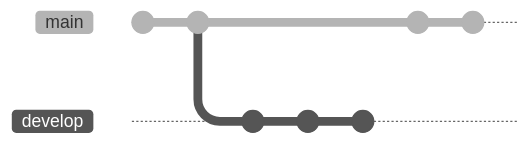
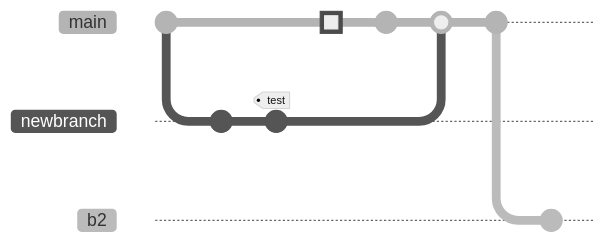
The second of 2 diagrams in README.md (aiAdrian/flatland_solver_policy), drawn with Mermaid (neutral theme) before and after one commit. Commit ids are hidden.

````diff
--- a/README.md
+++ b/README.md
@@ -32,12 +32,15 @@
 ```mermaid
-gitGraph
-       commit  
-       commit  
-       branch develop
-       commit  
-       commit  
-       commit  
-       checkout main
-       commit   
-       commit  
+gitGraph:
+    commit "Ashish"
+    branch newbranch
+    checkout newbranch
+    commit id:"1111"
+    commit tag:"test"
+    checkout main
+    commit type: HIGHLIGHT
+    commit
+    merge newbranch
+    commit
+    branch b2
+    commit
 ```
````
